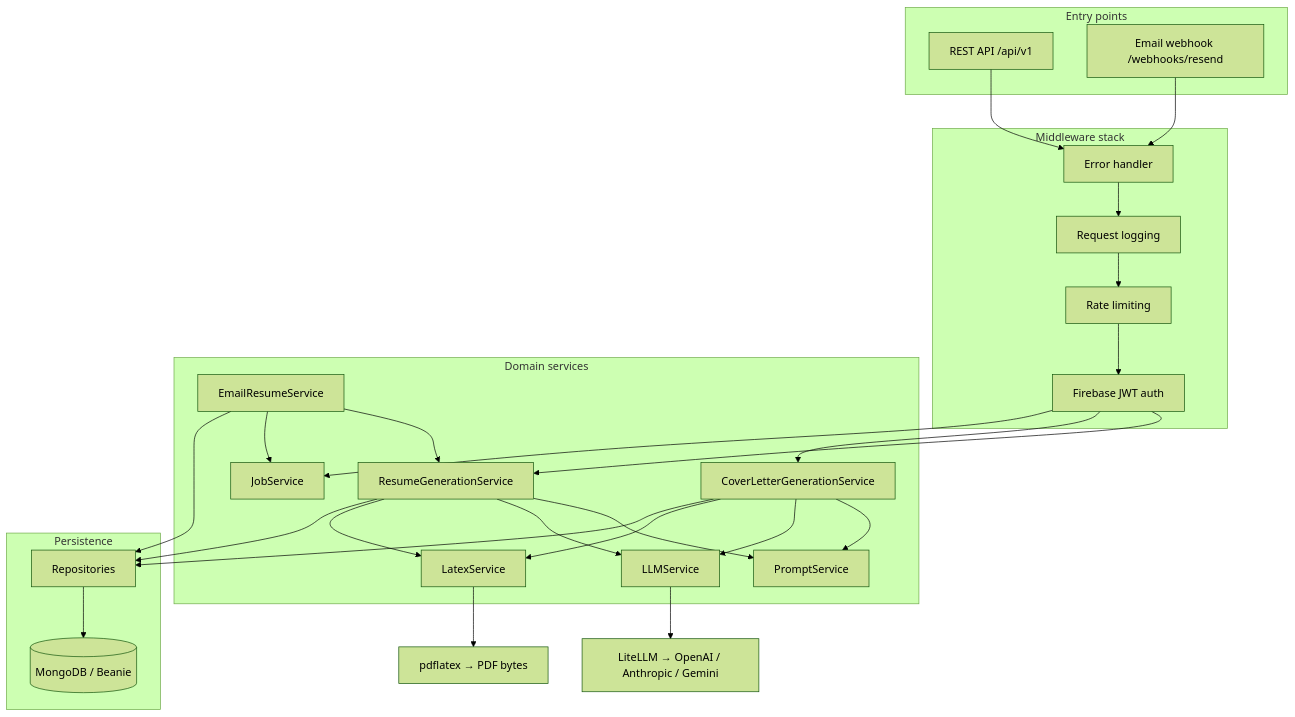
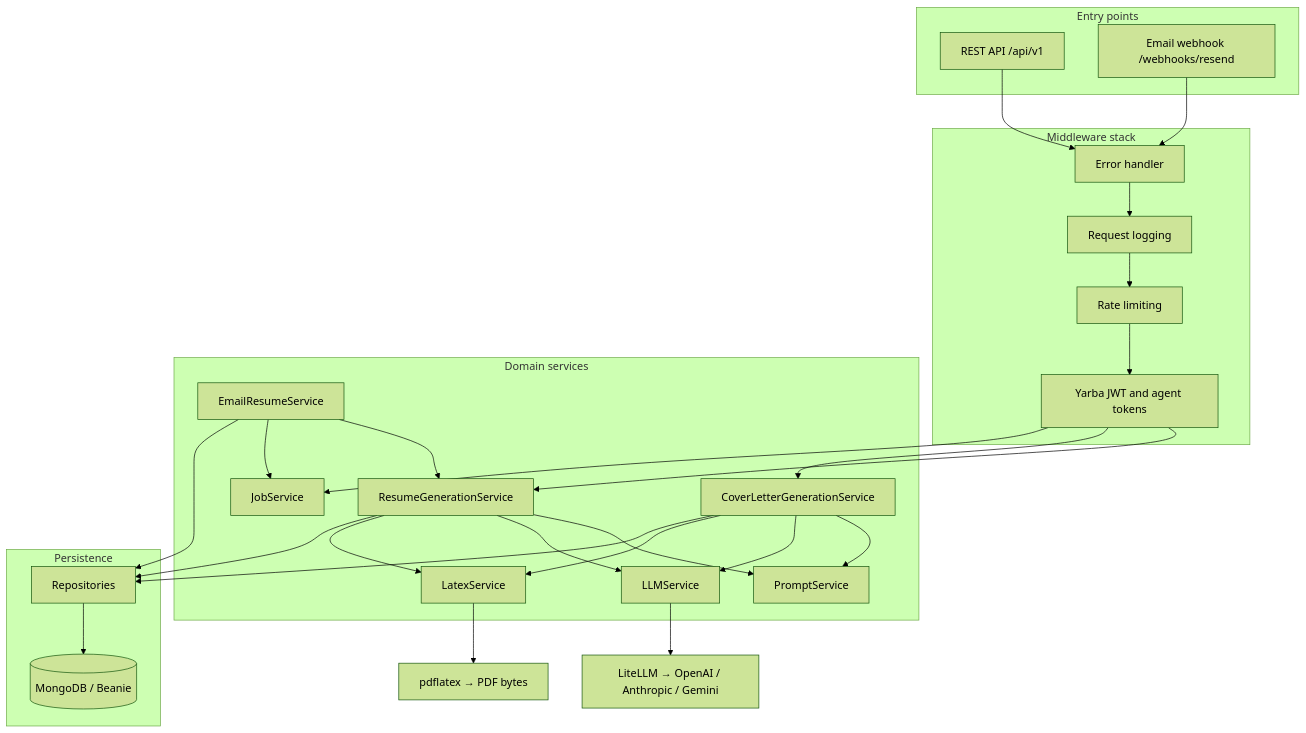
Before and after one commit to mujakayadan/yarba-backend: the first of 5 diagrams in docs/ARCHITECTURE.md, drawn with Mermaid (forest theme). The commit also changed other lines of this file and 45 other files, not shown here.

First line of the commit message:
Retire Firebase Auth and keep only native password and OAuth.

````diff
--- a/docs/ARCHITECTURE.md
+++ b/docs/ARCHITECTURE.md
@@ -26,39 +26,39 @@
 ```mermaid
 flowchart TB
     subgraph entry [Entry points]
         HTTP[REST API /api/v1]
         WH[Email webhook /webhooks/resend]
     end
 
     subgraph middleware [Middleware stack]
         EH[Error handler]
         LOG[Request logging]
         RL[Rate limiting]
-        AUTH[Firebase JWT auth]
+        AUTH[Yarba JWT and agent tokens]
     end
 
     subgraph services [Domain services]
         RG[ResumeGenerationService]
         CG[CoverLetterGenerationService]
         PS[PromptService]
         LLM[LLMService]
         LS[LatexService]
         JS[JobService]
         ES[EmailResumeService]
     end
 
     subgraph persistence [Persistence]
         REPO[Repositories]
         BEANIE[(MongoDB / Beanie)]
     end
 
     HTTP --> EH --> LOG --> RL --> AUTH
     WH --> EH
     AUTH --> RG & CG & JS
     RG --> PS & LLM & LS & REPO
     CG --> PS & LLM & LS & REPO
     ES --> RG & JS & REPO
     REPO --> BEANIE
     LLM --> Providers[LiteLLM → OpenAI / Anthropic / Gemini]
     LS --> PDF[pdflatex → PDF bytes]
 ```
````
